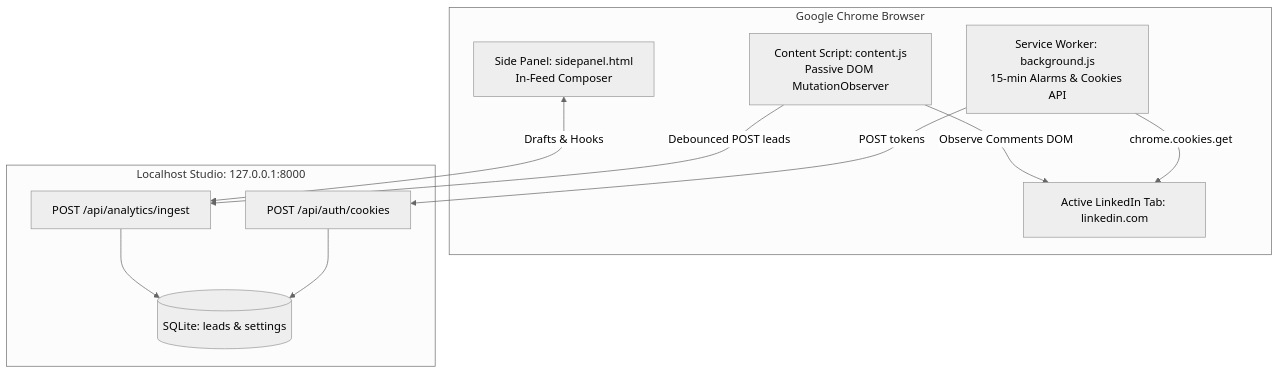
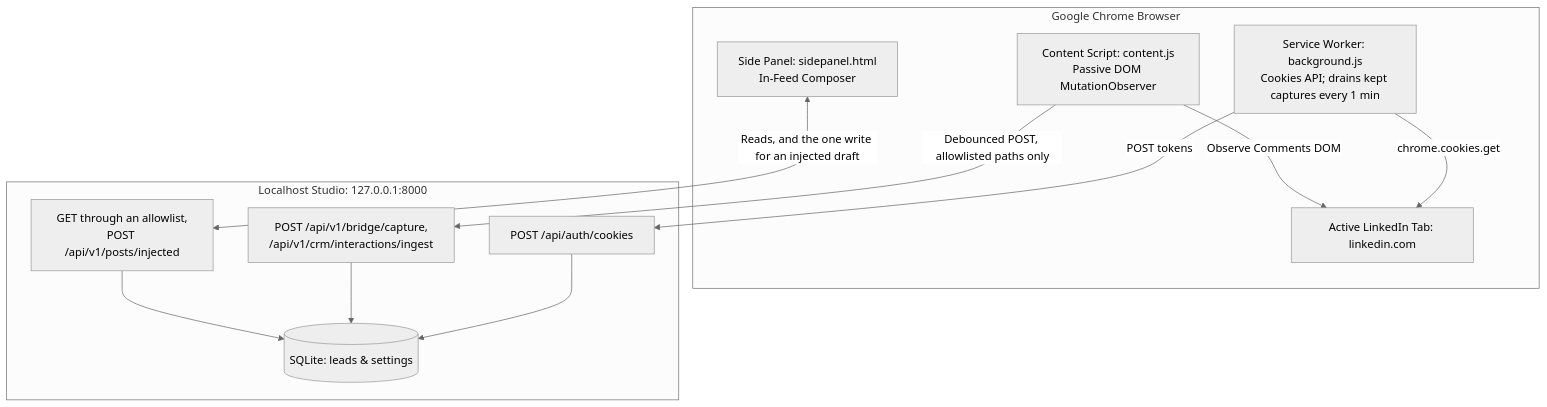
The diagram in docs/EXTENSION_AND_SYNC.md (dharmik136/inox-hydra), drawn with Mermaid (neutral theme) before and after one commit. The commit also changed other lines of this file and 2 other files, not shown here.

````diff
--- a/docs/EXTENSION_AND_SYNC.md
+++ b/docs/EXTENSION_AND_SYNC.md
@@ -9,26 +9,28 @@
 ```mermaid
 graph TD
     subgraph BrowserContext [Google Chrome Browser]
         Tab[Active LinkedIn Tab: linkedin.com]
         ContentScript[Content Script: content.js<br/>Passive DOM MutationObserver]
-        BackgroundWorker[Service Worker: background.js<br/>15-min Alarms & Cookies API]
+        BackgroundWorker[Service Worker: background.js<br/>Cookies API; drains kept captures every 1 min]
         SidePanel[Side Panel: sidepanel.html<br/>In-Feed Composer]
     end
 
     subgraph LocalhostEngine [Localhost Studio: 127.0.0.1:8000]
         AuthEndpoint[POST /api/auth/cookies]
-        IngestEndpoint[POST /api/analytics/ingest]
+        CaptureEndpoints[POST /api/v1/bridge/capture,<br/>/api/v1/crm/interactions/ingest]
+        PanelEndpoints[GET through an allowlist,<br/>POST /api/v1/posts/injected]
         SQLite[(SQLite: leads & settings)]
     end
 
     BackgroundWorker -->|chrome.cookies.get| Tab
     BackgroundWorker -->|POST tokens| AuthEndpoint
     
     ContentScript -->|Observe Comments DOM| Tab
-    ContentScript -->|Debounced POST leads| IngestEndpoint
+    ContentScript -->|Debounced POST, allowlisted paths only| CaptureEndpoints
     
-    SidePanel <-->|Drafts & Hooks| IngestEndpoint
+    SidePanel <-->|Reads, and the one write for an injected draft| PanelEndpoints
     
     AuthEndpoint --> SQLite
-    IngestEndpoint --> SQLite
+    CaptureEndpoints --> SQLite
+    PanelEndpoints --> SQLite
 ```
````
